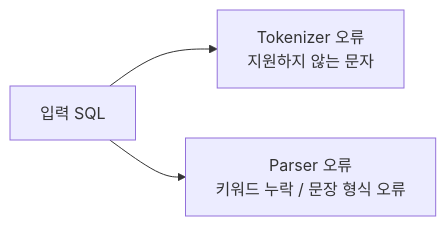
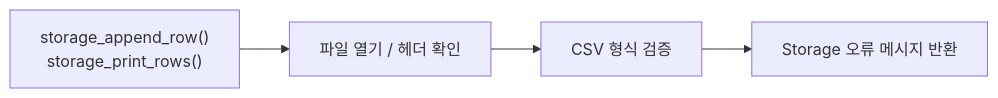
One commit to Jungle-12-303/week6-team5-sql changed the fourth of 8 diagrams in README.md. Above: the diagram before and after it, drawn with Mermaid. The commit also changed other lines of this file, not shown here.

````diff
--- a/README.md
+++ b/README.md
@@ -237,5 +135,6 @@
 ```mermaid
 flowchart LR
-    A["입력 SQL"] --> B["Tokenizer 오류<br/>지원하지 않는 문자"]
-    A --> C["Parser 오류<br/>키워드 누락 / 문장 형식 오류"]
+    A["storage_append_row()<br/>storage_print_rows()"] --> B["파일 열기 / 헤더 확인"]
+    B --> C["CSV 형식 검증"]
+    C --> D["Storage 오류 메시지 반환"]
 ```
````
